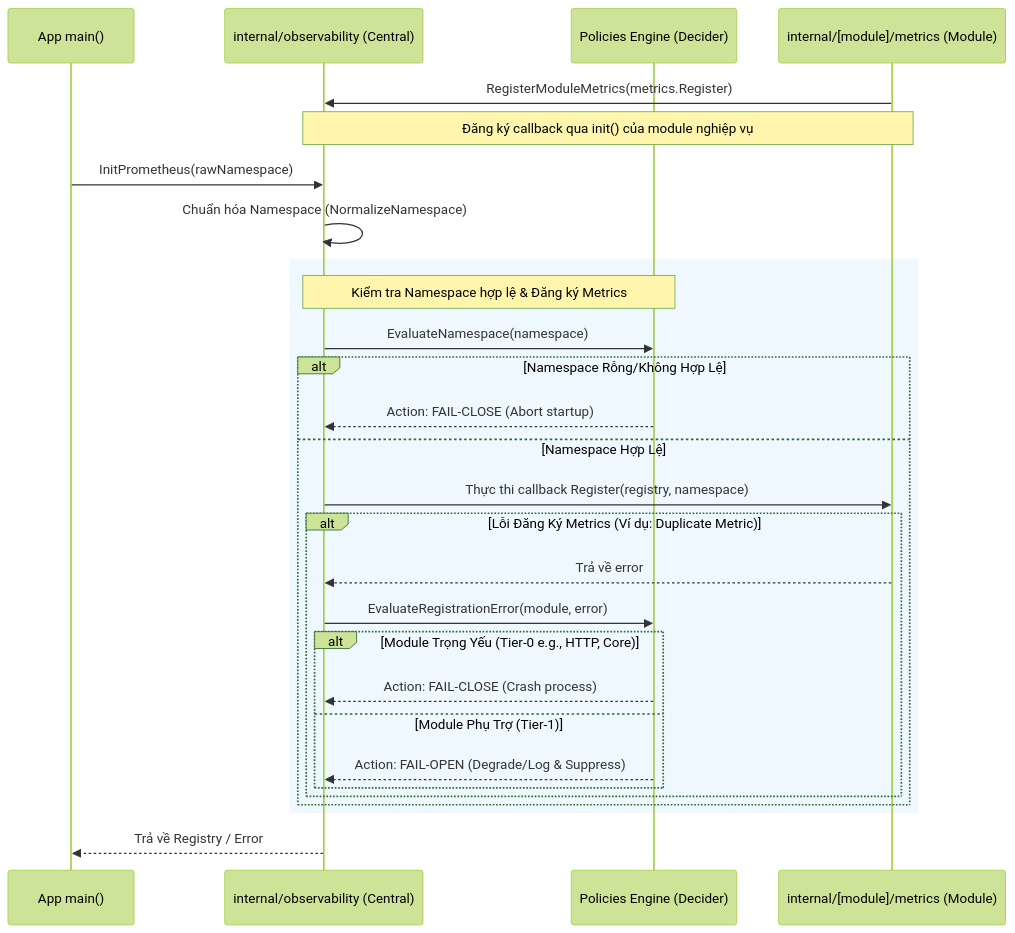
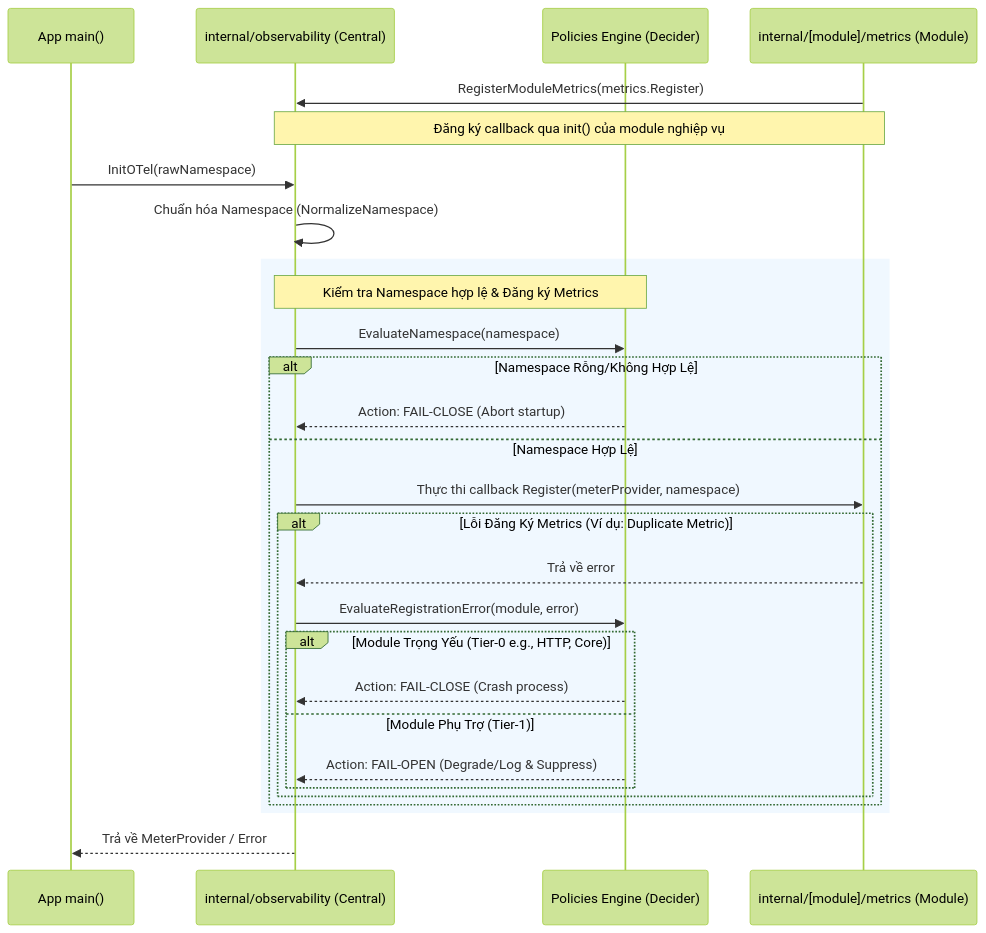
One commit to phucle996/aurora changed the second of 2 diagrams in controlplane/docs/contract/metrics-graph-canonical-contract.md. Above: the diagram before and after it, drawn with Mermaid (forest theme). The commit also changed other lines of this file and 71 other files, not shown here.

Commit message:
refactor: consolidate observability metrics and migrate from Prometheus to OpenTelemetry across all services

````diff
--- a/controlplane/docs/contract/metrics-graph-canonical-contract.md
+++ b/controlplane/docs/contract/metrics-graph-canonical-contract.md
@@ -118,34 +119,34 @@
 ```mermaid
 sequenceDiagram
     participant App as App main()
     participant CoreObs as internal/observability (Central)
     participant Policy as Policies Engine (Decider)
     participant ModMetrics as internal/[module]/metrics (Module)
 
     ModMetrics->>CoreObs: RegisterModuleMetrics(metrics.Register)
     Note over ModMetrics, CoreObs: Đăng ký callback qua init() của module nghiệp vụ
 
-    App->>CoreObs: InitPrometheus(rawNamespace)
+    App->>CoreObs: InitOTel(rawNamespace)
     CoreObs->>CoreObs: Chuẩn hóa Namespace (NormalizeNamespace)
     
     rect rgb(240, 248, 255)
         Note over CoreObs, Policy: Kiểm tra Namespace hợp lệ & Đăng ký Metrics
         CoreObs->>Policy: EvaluateNamespace(namespace)
         alt Namespace Rỗng/Không Hợp Lệ
             Policy-->>CoreObs: Action: FAIL-CLOSE (Abort startup)
         else Namespace Hợp Lệ
-            CoreObs->>ModMetrics: Thực thi callback Register(registry, namespace)
+            CoreObs->>ModMetrics: Thực thi callback Register(meterProvider, namespace)
             alt Lỗi Đăng Ký Metrics (Ví dụ: Duplicate Metric)
                 ModMetrics-->>CoreObs: Trả về error
                 CoreObs->>Policy: EvaluateRegistrationError(module, error)
                 alt Module Trọng Yếu (Tier-0 e.g., HTTP, Core)
                     Policy-->>CoreObs: Action: FAIL-CLOSE (Crash process)
                 else Module Phụ Trợ (Tier-1)
                     Policy-->>CoreObs: Action: FAIL-OPEN (Degrade/Log & Suppress)
                 end
             end
         end
     end
 
-    CoreObs-->>App: Trả về Registry / Error
+    CoreObs-->>App: Trả về MeterProvider / Error
 ```
````
